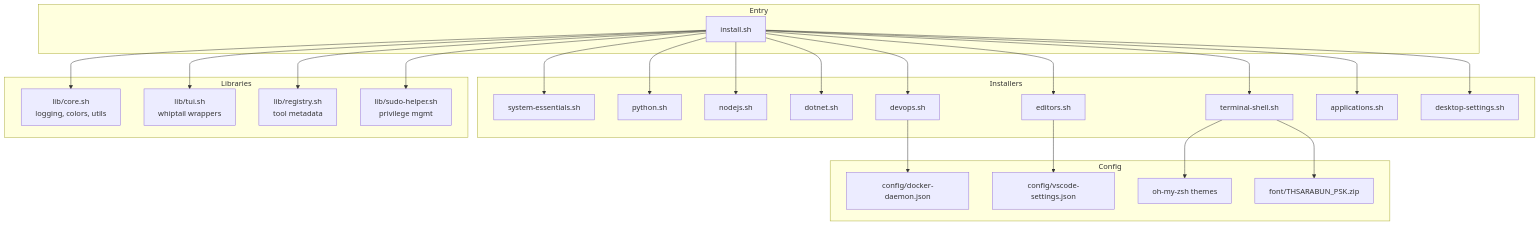
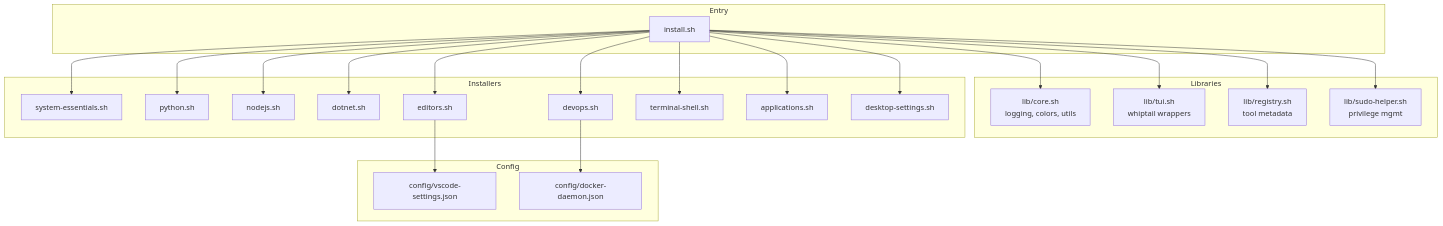
One commit to kornkritpawit/dev-tool-installer-ubuntu changed the second of 3 diagrams in context/dev-tool-installer-ubuntu/architecture.md. Above: the diagram before and after it, drawn with Mermaid. The commit also changed other lines of this file and 6 other files, not shown here.

````diff
--- a/context/dev-tool-installer-ubuntu/architecture.md
+++ b/context/dev-tool-installer-ubuntu/architecture.md
@@ -912,50 +837,46 @@
 ```mermaid
 graph TB
     subgraph Entry
         A[install.sh]
     end
     
     subgraph Libraries
         B[lib/core.sh<br>logging, colors, utils]
         C[lib/tui.sh<br>whiptail wrappers]
         D[lib/registry.sh<br>tool metadata]
         E[lib/sudo-helper.sh<br>privilege mgmt]
     end
     
     subgraph Installers
         F[system-essentials.sh]
         G[python.sh]
         H[nodejs.sh]
         I[dotnet.sh]
         J[devops.sh]
         K[editors.sh]
         L[terminal-shell.sh]
         M[applications.sh]
         N[desktop-settings.sh]
     end
     
     subgraph Config
-        O[oh-my-zsh themes]
         P[config/vscode-settings.json]
         Q[config/docker-daemon.json]
-        R[font/THSARABUN_PSK.zip]
     end
     
     A --> B
     A --> C
     A --> D
     A --> E
     A --> F
     A --> G
     A --> H
     A --> I
     A --> J
     A --> K
     A --> L
     A --> M
     A --> N
     K --> P
-    L --> O
-    L --> R
     J --> Q
 ```
````
